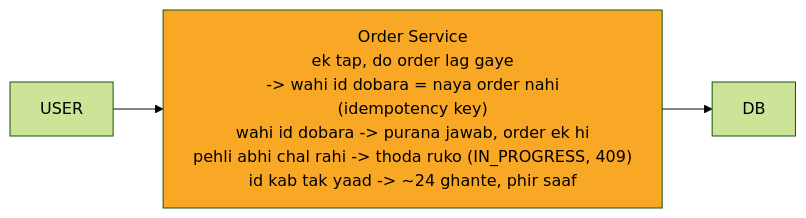
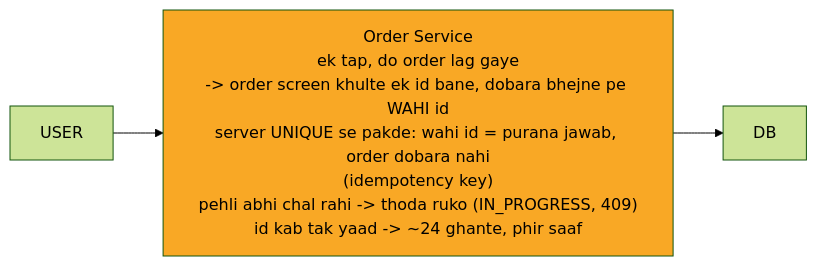
One commit to ArpanMaheshwari144/Prep changed the second of 10 diagrams in 04_HLD/SYSTEM_DESIGNS/05_stock_broker_trading/05_stock_broker_trading.md. Above: the diagram before and after it, drawn with Mermaid (forest theme). The commit also changed other lines of this file and 13 other files, not shown here.

````diff
--- a/04_HLD/SYSTEM_DESIGNS/05_stock_broker_trading/05_stock_broker_trading.md
+++ b/04_HLD/SYSTEM_DESIGNS/05_stock_broker_trading/05_stock_broker_trading.md
@@ -110,10 +110,10 @@
 ```mermaid
 %%{init: {"flowchart": {"wrappingWidth": 450}}}%%
 flowchart LR
     n_USER["USER"]
-    n_Order_Service["Order Service<br/>ek tap, do order lag gaye<br/>-> wahi id dobara = naya order nahi<br/>(idempotency key)<br/>wahi id dobara -> purana jawab, order ek hi<br/>pehli abhi chal rahi -> thoda ruko (IN_PROGRESS, 409)<br/>id kab tak yaad -> ~24 ghante, phir saaf"]
+    n_Order_Service["Order Service<br/>ek tap, do order lag gaye<br/>-> order screen khulte ek id bane, dobara bhejne pe WAHI id<br/>server UNIQUE se pakde: wahi id = purana jawab, order dobara nahi<br/>(idempotency key)<br/>pehli abhi chal rahi -> thoda ruko (IN_PROGRESS, 409)<br/>id kab tak yaad -> ~24 ghante, phir saaf"]
     n_DB["DB"]
     n_USER --> n_Order_Service
     n_Order_Service --> n_DB
     style n_Order_Service fill:#f9a825,color:#000
 ```
````
